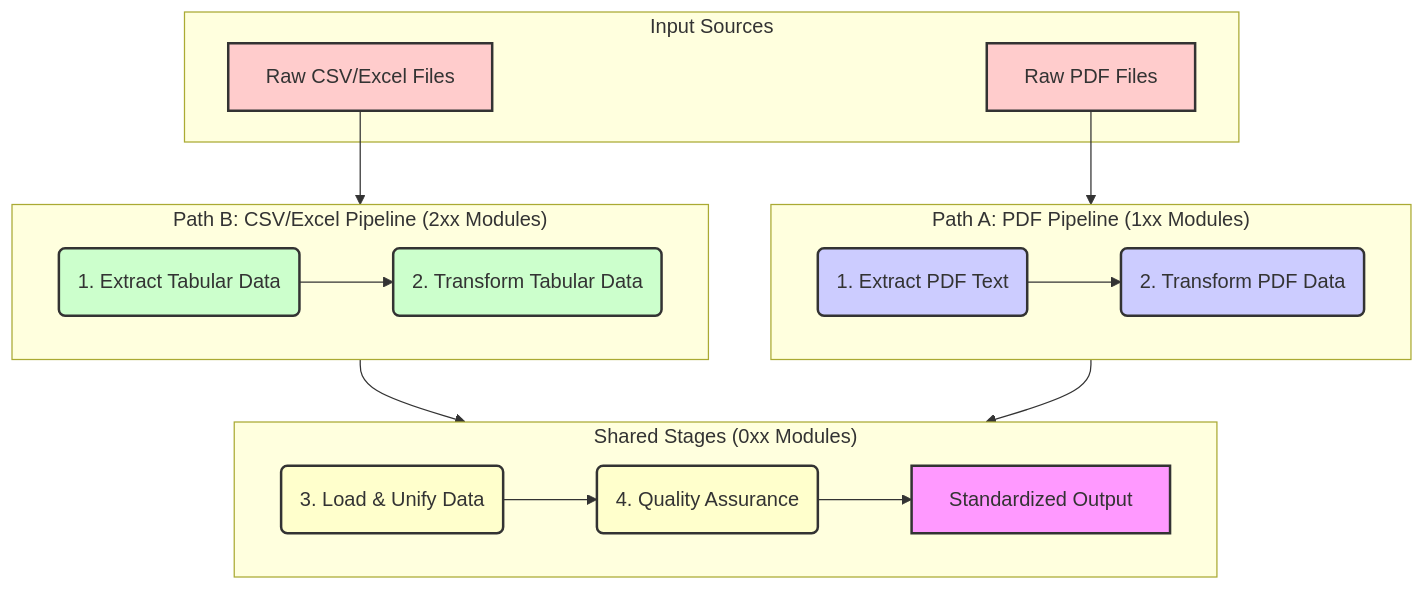
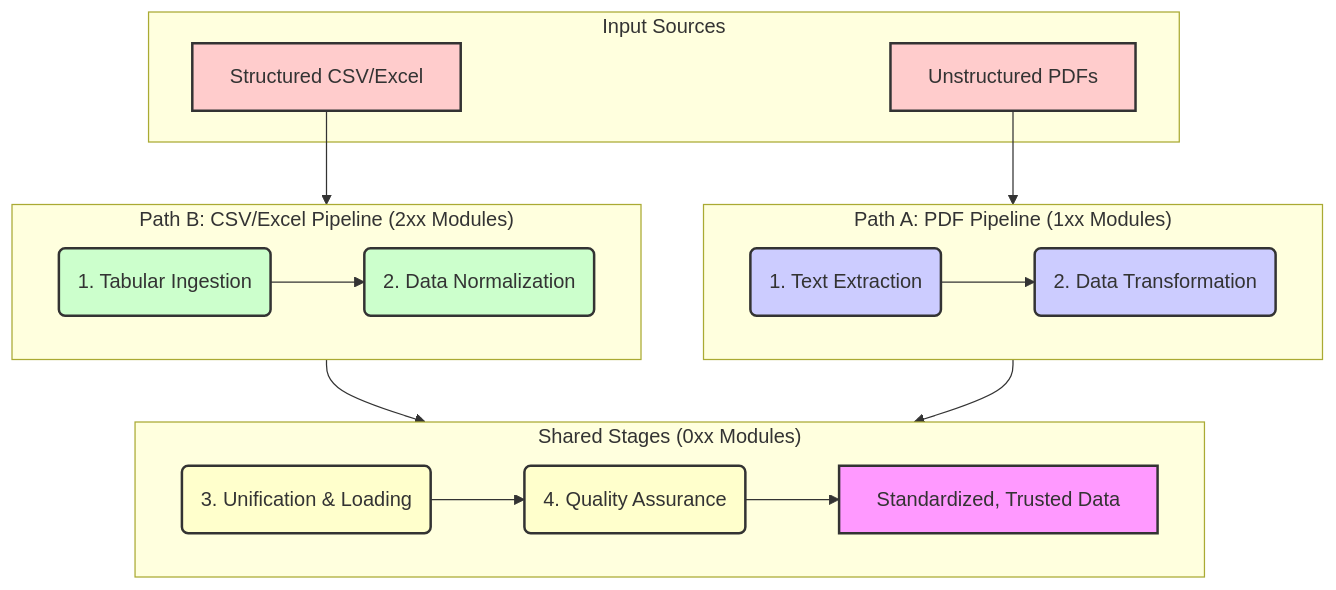
One commit to gray-james/OrangeR changed the second of 2 diagrams in README.md. Above: the diagram before and after it, drawn with Mermaid. The commit also changed other lines of this file and 15 other files, not shown here.

````diff
--- a/README.md
+++ b/README.md
@@ -120,39 +42,39 @@
-``` mermaid
+```mermaid
 graph TD
     subgraph Input Sources
-        A[<fa:fa-file-pdf> Raw PDF Files]
-        B[<fa:fa-file-excel> Raw CSV/Excel Files]
+        A[<fa:fa-file-pdf> Unstructured PDFs]
+        B[<fa:fa-file-excel> Structured CSV/Excel]
     end
 
     subgraph "Path A: PDF Pipeline (1xx Modules)"
         direction LR
-        A --> P1_Extract(1. Extract PDF Text);
-        P1_Extract --> P1_Transform(2. Transform PDF Data);
+        A --> P1_Extract(1. Text Extraction);
+        P1_Extract --> P1_Transform(2. Data Transformation);
     end
 
     subgraph "Path B: CSV/Excel Pipeline (2xx Modules)"
         direction LR
-        B --> P2_Extract(1. Extract Tabular Data);
-        P2_Extract --> P2_Transform(2. Transform Tabular Data);
+        B --> P2_Extract(1. Tabular Ingestion);
+        P2_Extract --> P2_Transform(2. Data Normalization);
     end
 
     subgraph "Shared Stages (0xx Modules)"
         direction LR
-        P1_Transform --> S_Load(3. Load & Unify Data);
+        P1_Transform --> S_Load(3. Unification & Loading);
         P2_Transform --> S_Load;
         S_Load --> S_QA(4. Quality Assurance);
-        S_QA --> S_Output[<fa:fa-table> Standardized Output];
+        S_QA --> S_Output[<fa:fa-table> Standardized, Trusted Data];
     end
 
     classDef input fill:#fcc,stroke:#333,stroke-width:2px;
     classDef pipelineA fill:#ccf,stroke:#333,stroke-width:2px;
     classDef pipelineB fill:#cfc,stroke:#333,stroke-width:2px;
     classDef shared fill:#ffc,stroke:#333,stroke-width:2px;
     classDef output fill:#f9f,stroke:#333,stroke-width:2px;
 
     class A,B input;
     class P1_Extract,P1_Transform pipelineA;
     class P2_Extract,P2_Transform pipelineB;
     class S_Load,S_QA shared;
     class S_Output output;
 ```
````
